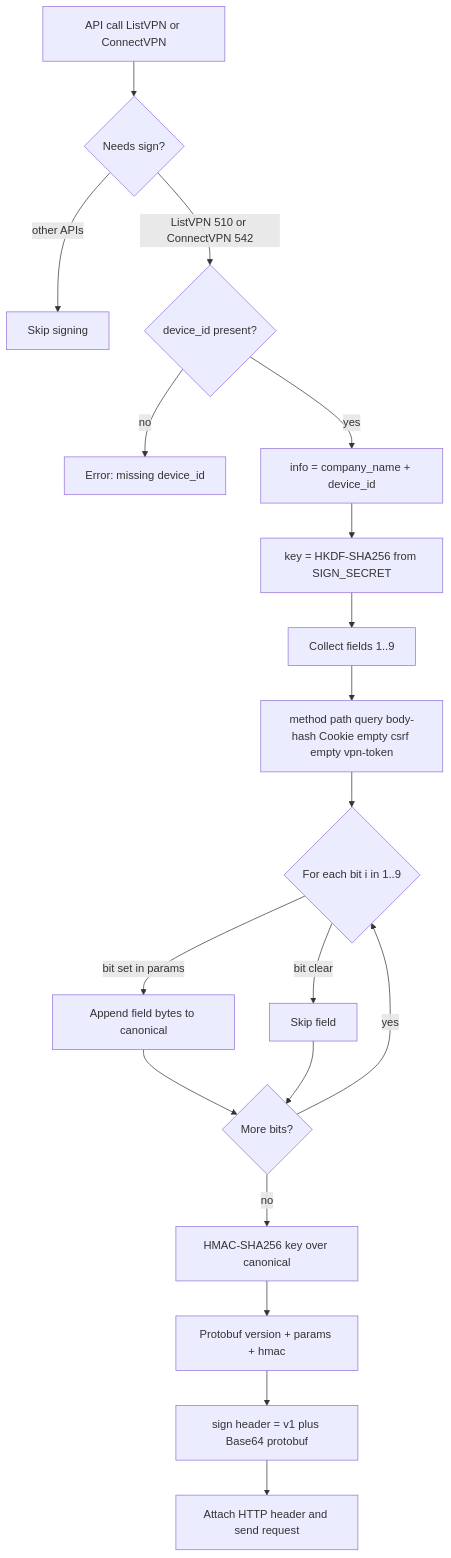
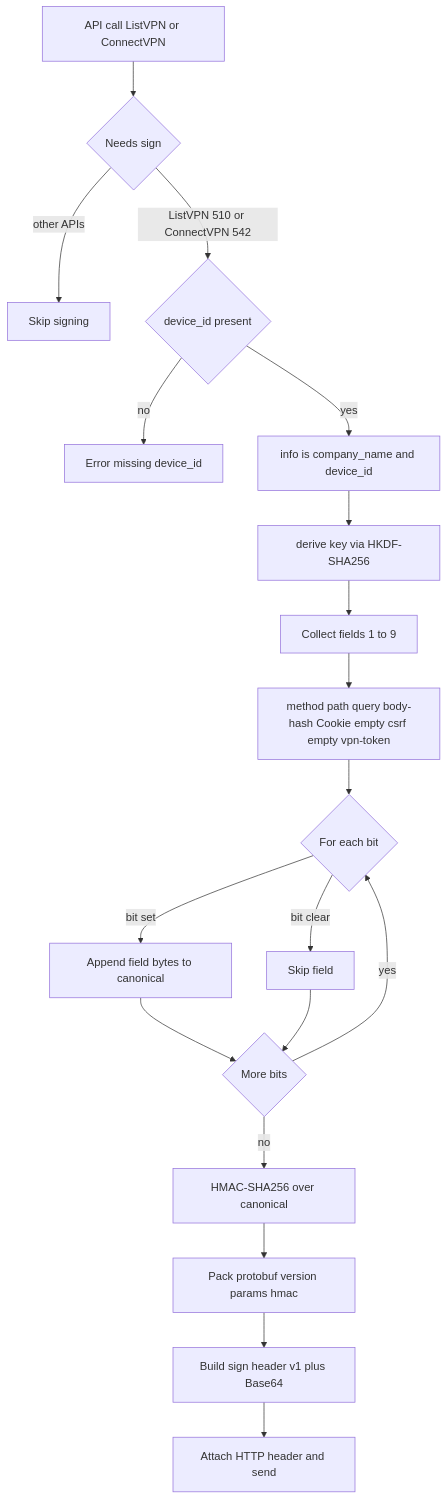
Before and after one commit to loveyana/corplink-rs: the first of 3 diagrams in docs/request-signature.md, drawn with Mermaid. The commit also changed other lines of this file, not shown here.

Commit message:
docs: sanitize Mermaid flowchart labels for GitHub
Avoid +, =, ?, ;, and path slashes in node/message text so the GitHub Mermaid lexer does not treat them as syntax.

````diff
--- a/docs/request-signature.md
+++ b/docs/request-signature.md
@@ -170,21 +170,21 @@
 ```mermaid
 flowchart TD
-    A[API call ListVPN or ConnectVPN] --> B{Needs sign?}
+    A[API call ListVPN or ConnectVPN] --> B{Needs sign}
     B -->|other APIs| Z[Skip signing]
-    B -->|ListVPN 510 or ConnectVPN 542| C{device_id present?}
-    C -->|no| E1[Error: missing device_id]
-    C -->|yes| D[info = company_name + device_id]
-    D --> F[key = HKDF-SHA256 from SIGN_SECRET]
-    F --> G[Collect fields 1..9]
+    B -->|ListVPN 510 or ConnectVPN 542| C{device_id present}
+    C -->|no| E1[Error missing device_id]
+    C -->|yes| D[info is company_name and device_id]
+    D --> F[derive key via HKDF-SHA256]
+    F --> G[Collect fields 1 to 9]
     G --> H[method path query body-hash Cookie empty csrf empty vpn-token]
-    H --> I{For each bit i in 1..9}
-    I -->|bit set in params| J[Append field bytes to canonical]
+    H --> I{For each bit}
+    I -->|bit set| J[Append field bytes to canonical]
     I -->|bit clear| K[Skip field]
-    J --> L
+    J --> L{More bits}
     K --> L
-    L{More bits?} -->|yes| I
-    L -->|no| M[HMAC-SHA256 key over canonical]
-    M --> N[Protobuf version + params + hmac]
-    N --> O[sign header = v1 plus Base64 protobuf]
-    O --> P[Attach HTTP header and send request]
+    L -->|yes| I
+    L -->|no| M[HMAC-SHA256 over canonical]
+    M --> N[Pack protobuf version params hmac]
+    N --> O[Build sign header v1 plus Base64]
+    O --> P[Attach HTTP header and send]
 ```
````
